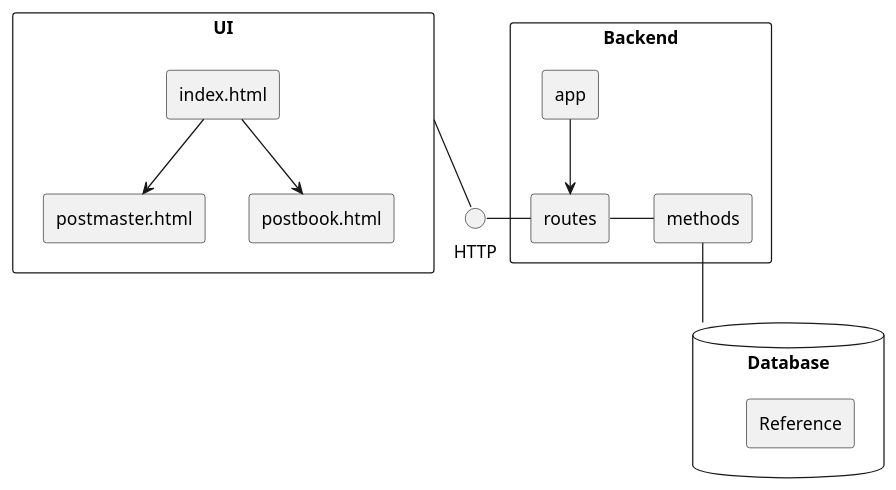
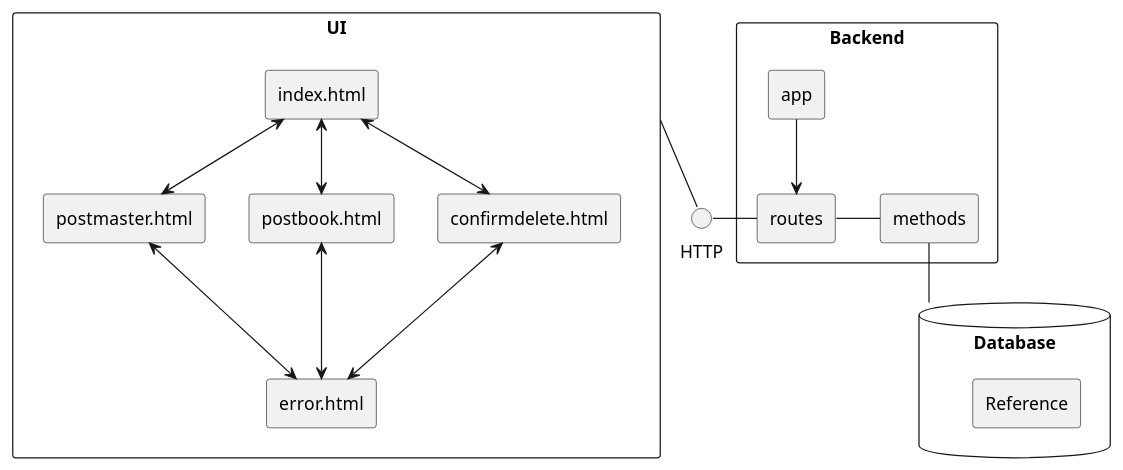
One commit to thefakejj/miniprojekti changed the diagram in doc/architecture.puml. Above: the diagram before and after it, drawn with PlantUML.

Commit message:
Updated architecture diagram

```diff
--- a/doc/architecture.puml
+++ b/doc/architecture.puml
@@ -1,32 +1,39 @@
 @startuml
 rectangle "UI" {  
     rectangle "index.html"
     rectangle "postmaster.html"
     rectangle "postbook.html"
+    rectangle "confirmdelete.html"
+    rectangle "error.html"
 }
 
 rectangle "Backend" {
     rectangle "app"
     rectangle "routes"
     rectangle "methods"
 }
 
 database "Database" {
     rectangle "Reference"
 }
 
 interface HTTP
 
-index.html --> postbook.html
-index.html --> postmaster.html
+index.html <--> postbook.html
+index.html <--> postmaster.html
+index.html <--> confirmdelete.html
+postbook.html <--> error.html  
+postmaster.html <--> error.html
+confirmdelete.html <--> error.html
+
 
 UI -- HTTP
 HTTP - routes
 
 
 app --> routes
 routes - methods
 methods -- Database
 
 
 @enduml
```
